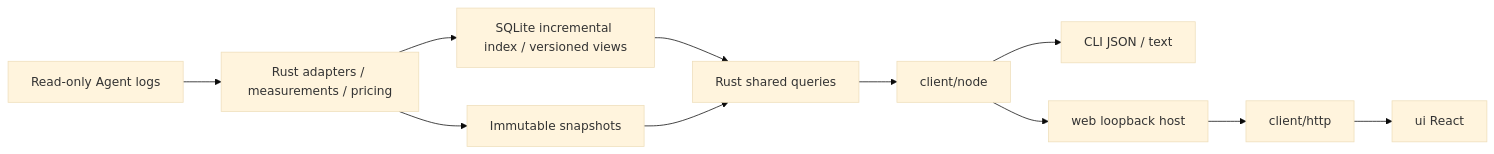
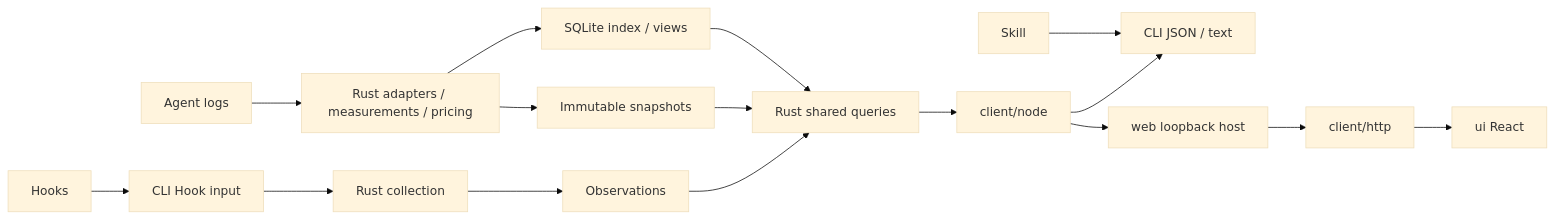
One commit to wangyan9110/wombat changed the first of 2 diagrams in docs/development/architecture.en.md. Above: the diagram before and after it, drawn with Mermaid (base theme). The commit also changed other lines of this file and 156 other files, not shown here.

Commit message:
Add Codex Skill collection and contextual Web support

````diff
--- a/docs/development/architecture.en.md
+++ b/docs/development/architecture.en.md
@@ -9,13 +9,18 @@
 ```mermaid
 flowchart LR
-  L[Read-only Agent logs] --> A[Rust adapters / measurements / pricing]
-  A --> D[SQLite incremental index / versioned views]
+  L[Agent logs] --> A[Rust adapters / measurements / pricing]
+  A --> D[SQLite index / views]
   A --> S[Immutable snapshots]
   D --> Q[Rust shared queries]
   S --> Q
+  HK[Hooks] --> B[CLI Hook input]
+  B --> RC[Rust collection]
+  RC --> O[Observations]
+  O --> Q
+  SK[Skill] --> C
   Q --> N[client/node]
   N --> C[CLI JSON / text]
   N --> W[web loopback host]
   W --> H[client/http]
   H --> U[ui React]
 ```
````
